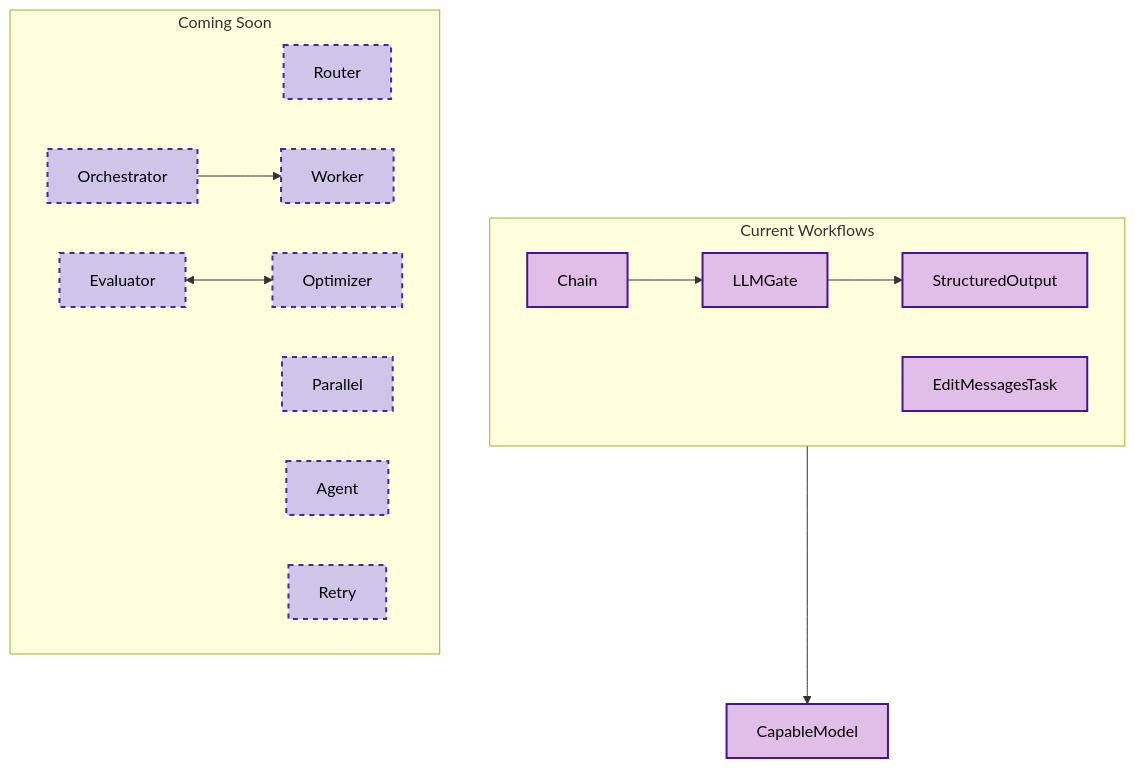
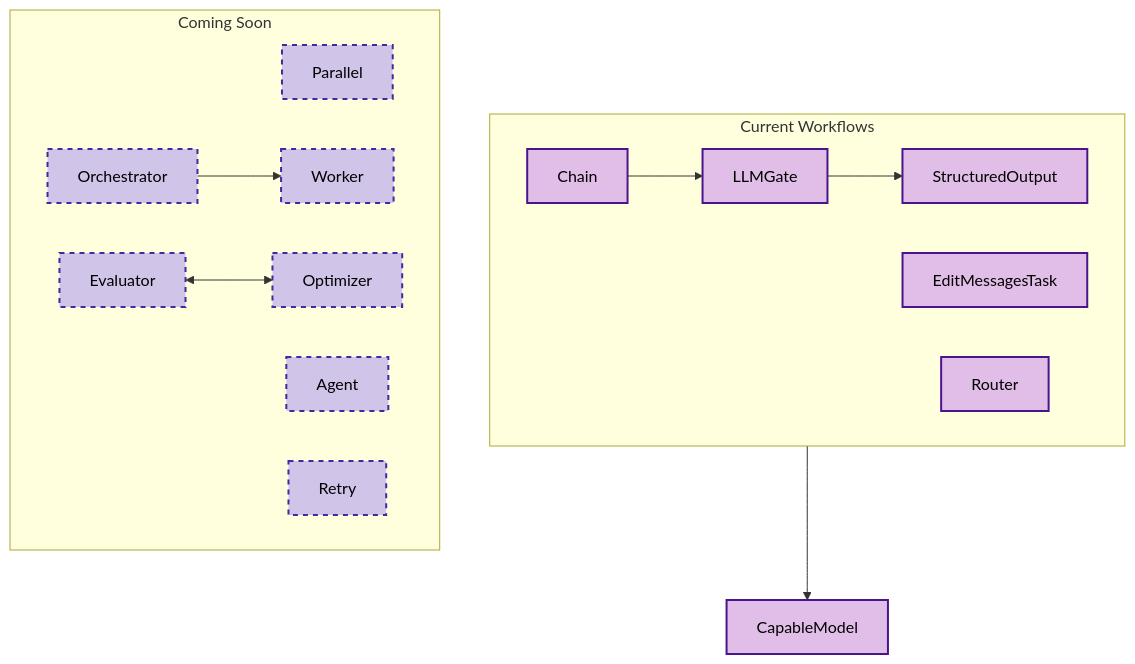
Before and after one commit to liamzdenek/ferment-ai: the seventh of 9 diagrams in README.md, drawn with Mermaid. The commit also changed other lines of this file and 9 other files, not shown here.

````diff
--- a/README.md
+++ b/README.md
@@ -264,31 +265,31 @@
 ```mermaid
 flowchart TB
     classDef workflowClass fill:#e1bee7,stroke:#4a148c,stroke-width:2px,color:#000000
     classDef comingSoonClass fill:#d1c4e9,stroke:#4527a0,stroke-width:2px,color:#000000,stroke-dasharray: 5 5
     
     CapableModel[CapableModel]
     
     subgraph CurrentWorkflows["Current Workflows"]
         LLMGate[LLMGate]
         Chain[Chain]
         
         Chain --> LLMGate
         LLMGate --> StructuredOutput[StructuredOutput]
 
         EditMessagesTask
+        Router["Router"]
     end
     
     subgraph "Coming Soon"
-        Router[Router]
         Parallel[Parallel]
         Orchestrator[Orchestrator] --> Worker[Worker]
         Evaluator[Evaluator] <--> Optimizer[Optimizer]
         Agent[Agent]
         Retry[Retry]
     end
     
     CurrentWorkflows --> CapableModel
     
-    class CapableModel,LLMGate,Chain,StructuredOutput,EditMessagesTask workflowClass
-    class Router,Parallel,Orchestrator,Worker,Evaluator,Optimizer,Agent,Retry comingSoonClass
+    class CapableModel,LLMGate,Chain,StructuredOutput,EditMessagesTask,Router workflowClass
+    class Parallel,Orchestrator,Worker,Evaluator,Optimizer,Agent,Retry comingSoonClass
 ```
````
